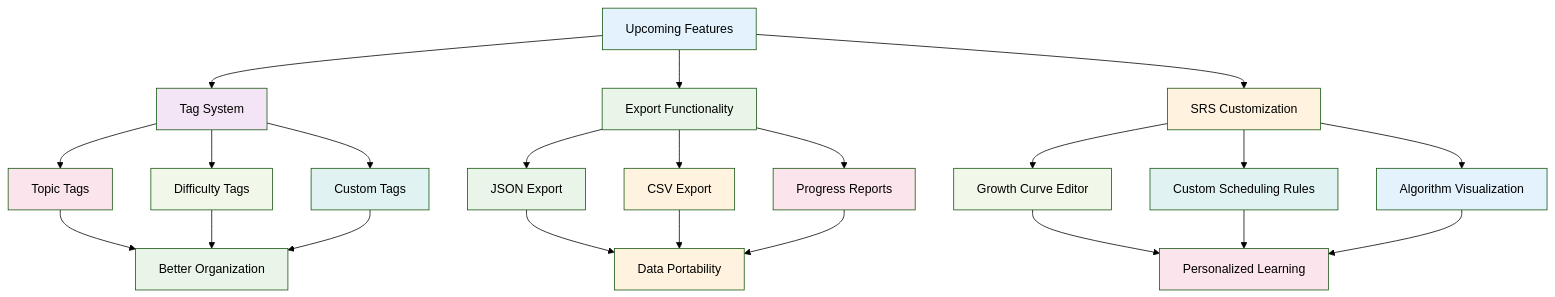
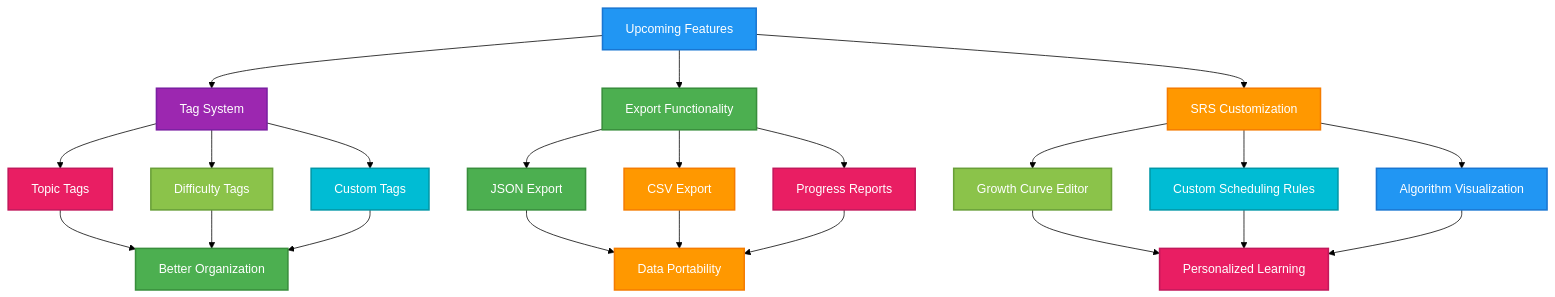
Before and after one commit to eannchen/leetsolv: the eighth of 8 diagrams in README.md, drawn with Mermaid (forest theme). The commit also changed other lines of this file, not shown here.

Commit message:
docs: update README.md to improve flowchart styles with new color schemes for better visual clarity and consistency across sections

````diff
--- a/README.md
+++ b/README.md
@@ -703,47 +703,47 @@
 ```mermaid
 graph TD
     A[Upcoming Features] --> B[Tag System]
     A --> C[Export Functionality]
     A --> D[SRS Customization]
 
     B --> E[Topic Tags]
     B --> F[Difficulty Tags]
     B --> G[Custom Tags]
 
     C --> H[JSON Export]
     C --> I[CSV Export]
     C --> J[Progress Reports]
 
     D --> K[Growth Curve Editor]
     D --> L[Custom Scheduling Rules]
     D --> M[Algorithm Visualization]
 
     E --> N[Better Organization]
     F --> N
     G --> N
 
     H --> O[Data Portability]
     I --> O
     J --> O
 
     K --> P[Personalized Learning]
     L --> P
     M --> P
 
-    style A fill:#e3f2fd
-    style B fill:#f3e5f5
-    style C fill:#e8f5e8
-    style D fill:#fff3e0
-    style E fill:#fce4ec
-    style F fill:#f1f8e9
-    style G fill:#e0f2f1
-    style H fill:#e8f5e8
-    style I fill:#fff3e0
-    style J fill:#fce4ec
-    style K fill:#f1f8e9
-    style L fill:#e0f2f1
-    style M fill:#e3f2fd
-    style N fill:#e8f5e8
-    style O fill:#fff3e0
-    style P fill:#fce4ec
+    style A fill:#2196F3,stroke:#1976D2,stroke-width:2px,color:#ffffff
+    style B fill:#9C27B0,stroke:#7B1FA2,stroke-width:2px,color:#ffffff
+    style C fill:#4CAF50,stroke:#388E3C,stroke-width:2px,color:#ffffff
+    style D fill:#FF9800,stroke:#F57C00,stroke-width:2px,color:#ffffff
+    style E fill:#E91E63,stroke:#C2185B,stroke-width:2px,color:#ffffff
+    style F fill:#8BC34A,stroke:#689F38,stroke-width:2px,color:#ffffff
+    style G fill:#00BCD4,stroke:#0097A7,stroke-width:2px,color:#ffffff
+    style H fill:#4CAF50,stroke:#388E3C,stroke-width:2px,color:#ffffff
+    style I fill:#FF9800,stroke:#F57C00,stroke-width:2px,color:#ffffff
+    style J fill:#E91E63,stroke:#C2185B,stroke-width:2px,color:#ffffff
+    style K fill:#8BC34A,stroke:#689F38,stroke-width:2px,color:#ffffff
+    style L fill:#00BCD4,stroke:#0097A7,stroke-width:2px,color:#ffffff
+    style M fill:#2196F3,stroke:#1976D2,stroke-width:2px,color:#ffffff
+    style N fill:#4CAF50,stroke:#388E3C,stroke-width:2px,color:#ffffff
+    style O fill:#FF9800,stroke:#F57C00,stroke-width:2px,color:#ffffff
+    style P fill:#E91E63,stroke:#C2185B,stroke-width:2px,color:#ffffff
 ```
````
